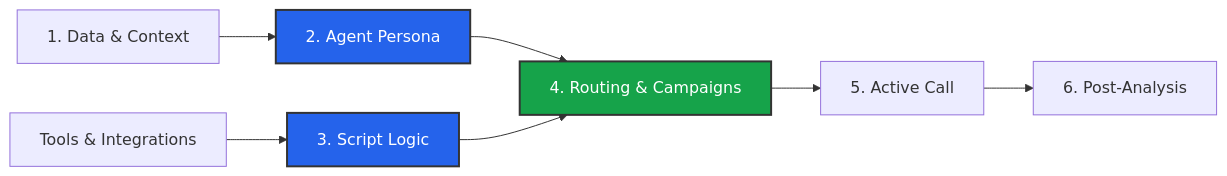
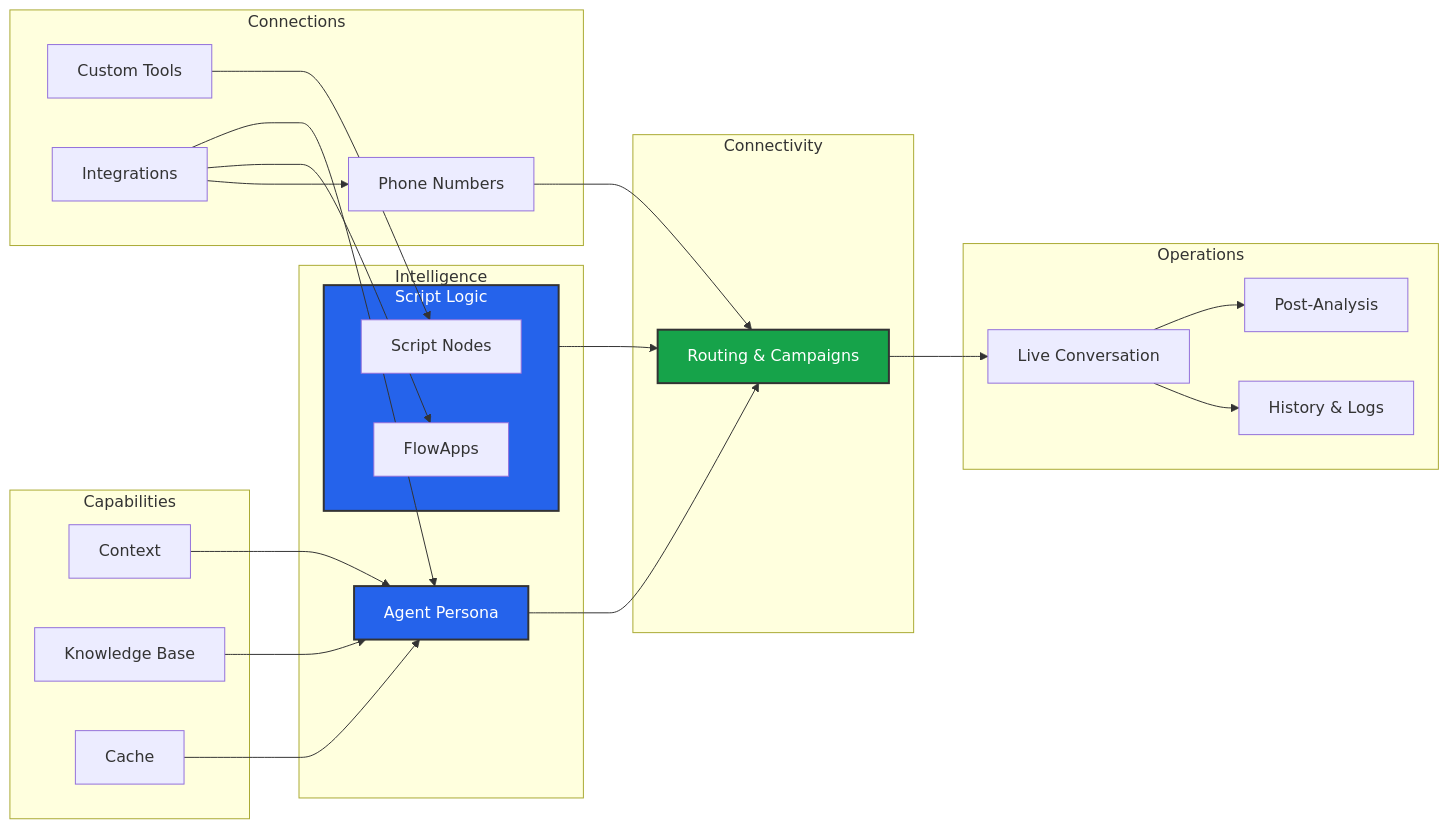
The diagram in content/docs/build/index.mdx (abdofallah/IqraAI-Docs), drawn with Mermaid before and after one commit. The commit also changed other lines of this file and 25 other files, not shown here.

````diff
--- a/content/docs/build/index.mdx
+++ b/content/docs/build/index.mdx
@@ -14,13 +16,50 @@
 ```mermaid
 graph LR
-    Data[1. Data & Context] --> Agent[2. Agent Persona]
-    Tools[Tools & Integrations] --> Script[3. Script Logic]
-    Agent --> Campaign[4. Routing & Campaigns]
-    Script --> Campaign
-    Campaign --> Call[5. Active Call]
-    Call --> Analysis[6. Post-Analysis]
+    subgraph Connections
+      Tools[Custom Tools]
+      Integrations[Integrations]
+      PhoneNumbers[Phone Numbers]
+    end
+
+    subgraph Capabilities
+        Context[Context]
+        Data[Knowledge Base]
+        Cache[Cache]
+    end
+
+    subgraph Intelligence
+        Agent[Agent Persona]
+        subgraph Script[Script Logic]
+          Nodes[Script Nodes]
+          FlowApp[FlowApps]
+        end    
+    end
+
+    subgraph Connectivity
+        Route[Routing & Campaigns]
+    end
+
+    subgraph Operations
+        Call[Live Conversation]
+        Analyze[Post-Analysis]
+        Analytics[History & Logs]
+    end
+
+    Tools --> Nodes
+    Integrations --> Agent
+    Integrations --> FlowApp
+    Integrations --> PhoneNumbers
+    PhoneNumbers --> Route
+    Data --> Agent
+    Context --> Agent
+    Agent --> Route
+    Script --> Route
+    Route --> Call
+    Cache --> Agent
+    Call --> Analyze
+    Call --> Analytics
     
     style Agent fill:#2563eb,stroke:#333,stroke-width:2px,color:#fff
     style Script fill:#2563eb,stroke:#333,stroke-width:2px,color:#fff
-    style Campaign fill:#16a34a,stroke:#333,stroke-width:2px,color:#fff
+    style Route fill:#16a34a,stroke:#333,stroke-width:2px,color:#fff
 ```
````
